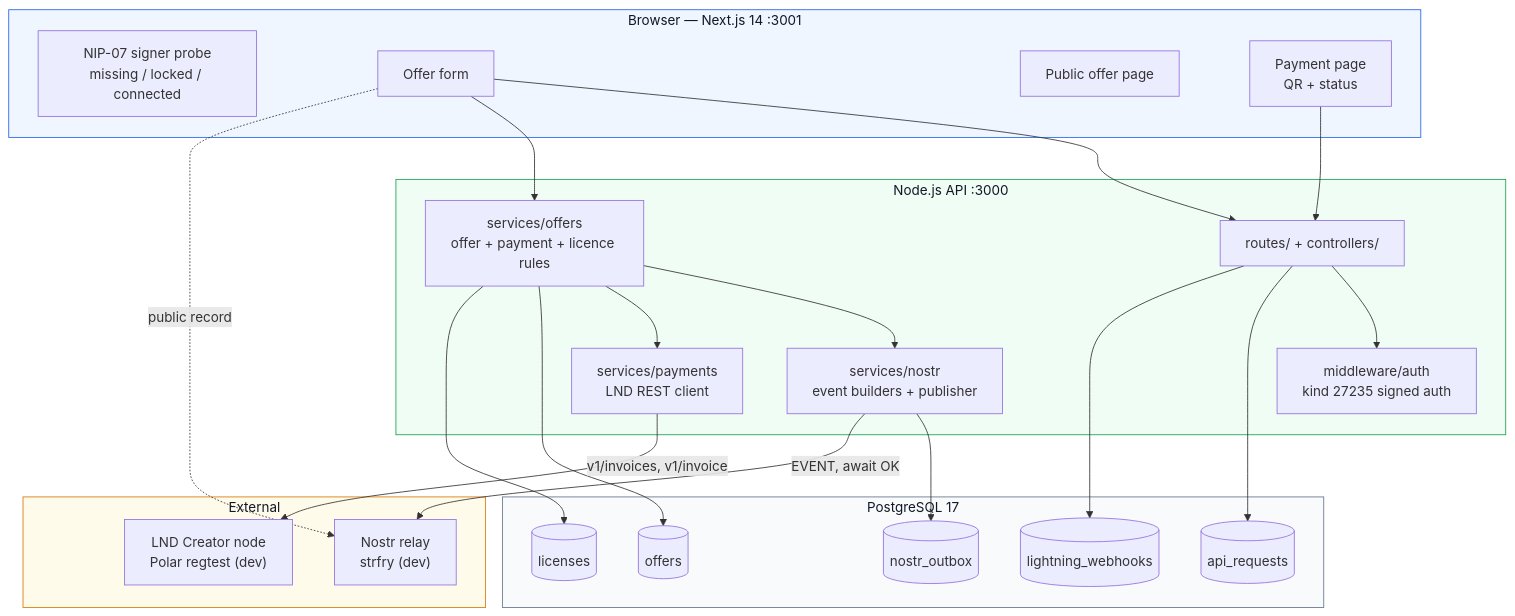
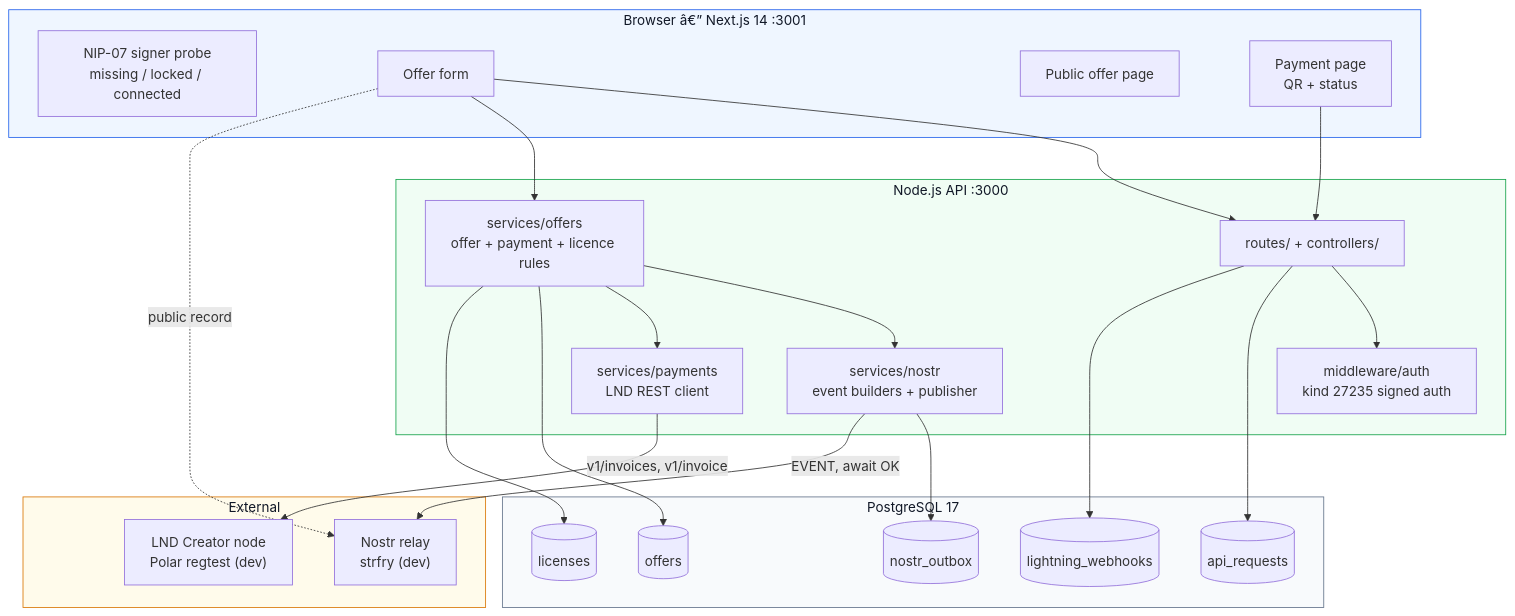
One commit to Aishagojo/ANZA changed the second of 3 diagrams in README.md. Above: the diagram before and after it, drawn with Mermaid. The commit also changed other lines of this file and 1 other file, not shown here.

````diff
--- a/README.md
+++ b/README.md
@@ -400,50 +400,50 @@
 ```mermaid
 flowchart TB
-    subgraph Client["Browser — Next.js 14 :3001"]
+    subgraph Client["Browser â€” Next.js 14 :3001"]
         NF["NIP-07 signer probe<br/>missing / locked / connected"]
         OF["Offer form"]
         PO["Public offer page"]
         PP["Payment page<br/>QR + status"]
     end
 
     subgraph API["Node.js API :3000"]
         RT["routes/ + controllers/"]
         SV["services/offers<br/>offer + payment + licence rules"]
         SN["services/nostr<br/>event builders + publisher"]
         SP["services/payments<br/>LND REST client"]
         AU["middleware/auth<br/>kind 27235 signed auth"]
     end
 
     subgraph Data["PostgreSQL 17"]
         OFF[("offers")]
         LIC[("licenses")]
         OBX[("nostr_outbox")]
         APIREQ[("api_requests")]
         WH[("lightning_webhooks")]
     end
 
     subgraph External["External"]
         RELAY["Nostr relay<br/>strfry (dev)"]
         LND["LND Creator node<br/>Polar regtest (dev)"]
     end
 
     OF --> RT
     PP --> RT
     OF --> SV
     SV --> SN
     SV --> SP
     RT --> AU
     SN --> OBX
     SV --> OFF
     SV --> LIC
     RT --> APIREQ
     RT --> WH
     SN -->|"EVENT, await OK"| RELAY
     SP -->|"v1/invoices, v1/invoice"| LND
     OF -.->|"public record"| RELAY
 
     style Client fill:#EFF6FF,stroke:#2563EB,color:#111827
     style API fill:#F0FDF4,stroke:#16A34A,color:#111827
     style Data fill:#F8FAFC,stroke:#64748B,color:#111827
     style External fill:#FFFBEB,stroke:#D97706,color:#111827
 ```
````
